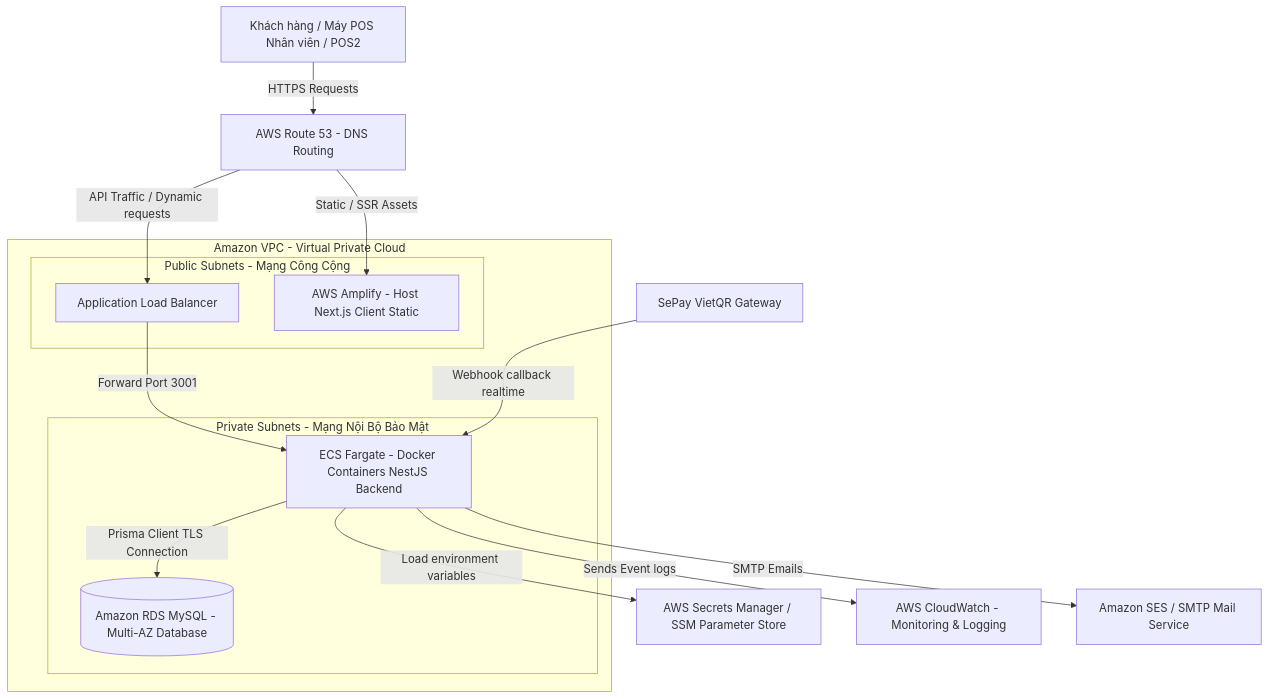
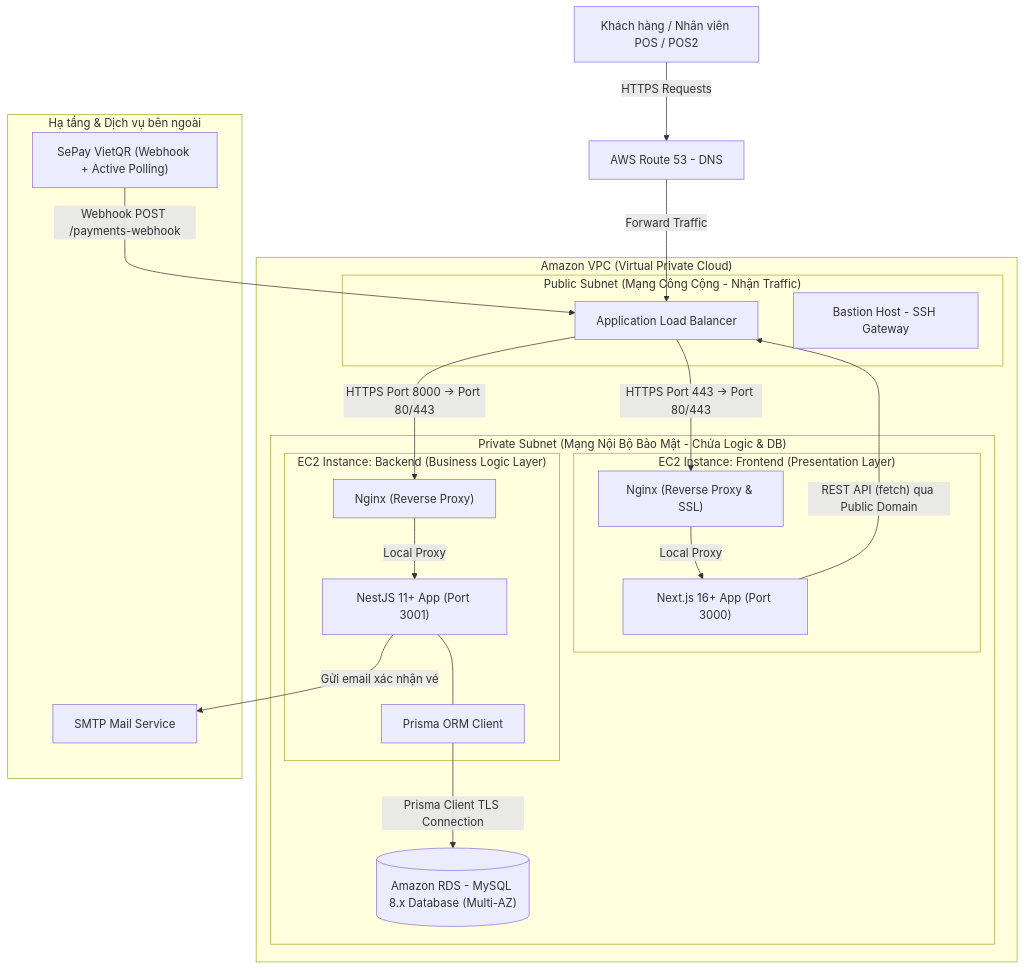
One commit to singuyenvan0206/RPG-bot changed the fifth of 6 diagrams in test.md. Above: the diagram before and after it, drawn with Mermaid. The commit also changed other lines of this file, not shown here.

````diff
--- a/test.md
+++ b/test.md
@@ -322,27 +392,50 @@
 ```mermaid
 graph TB
-    ClientApp[Khách hàng / Máy POS Nhân viên / POS2] -->|HTTPS Requests| Route53[AWS Route 53 - DNS Routing]
-    
-    subgraph VPC [Amazon VPC - Virtual Private Cloud]
-        subgraph Public_Subnets [Public Subnets - Mạng Công Cộng]
-            ALB[Application Load Balancer]
-            Amplify[AWS Amplify - Host Next.js Client Static]
+    %% Client & Routing
+    Client[Khách hàng / Nhân viên POS / POS2] -->|HTTPS Requests| Route53[AWS Route 53 - DNS]
+    Route53 -->|Forward Traffic| ALB[Application Load Balancer]
+
+    subgraph VPC ["Amazon VPC (Virtual Private Cloud)"]
+        subgraph Public_Subnet ["Public Subnet (Mạng Công Cộng - Nhận Traffic)"]
+            ALB
+            Bastion[Bastion Host - SSH Gateway]
         end
         
-        subgraph Private_Subnets [Private Subnets - Mạng Nội Bộ Bảo Mật]
-            ECS[ECS Fargate - Docker Containers NestJS Backend]
-            RDS[(Amazon RDS MySQL - Multi-AZ Database)]
+        subgraph Private_Subnet ["Private Subnet (Mạng Nội Bộ Bảo Mật - Chứa Logic & DB)"]
+            %% EC2 Frontend
+            subgraph EC2_Frontend ["EC2 Instance: Frontend (Presentation Layer)"]
+                NginxFE["Nginx (Reverse Proxy & SSL)"]
+                NextJS_Prod["Next.js 16+ App (Port 3000)"]
+                NginxFE -->|Local Proxy| NextJS_Prod
+            end
+
+            %% EC2 Backend
+            subgraph EC2_Backend ["EC2 Instance: Backend (Business Logic Layer)"]
+                NginxBE["Nginx (Reverse Proxy)"]
+                NestJS_Prod["NestJS 11+ App (Port 3001)"]
+                Prisma_Prod["Prisma ORM Client"]
+                
+                NginxBE -->|Local Proxy| NestJS_Prod
+                NestJS_Prod --- Prisma_Prod
+            end
+
+            %% Database Layer
+            RDS[("Amazon RDS - MySQL 8.x Database (Multi-AZ)")]
         end
     end
+
+    subgraph ExternalServices ["Hạ tầng & Dịch vụ bên ngoài"]
+        SePay_Prod["SePay VietQR (Webhook + Active Polling)"]
+        Mailer_Prod["SMTP Mail Service"]
+    end
+
+    %% Routing to instances
+    ALB -->|HTTPS Port 443 -> Port 80/443| NginxFE
+    ALB -->|HTTPS Port 8000 -> Port 80/443| NginxBE
     
-    Route53 -->|Static / SSR Assets| Amplify
-    Route53 -->|API Traffic / Dynamic requests| ALB
-    ALB -->|Forward Port 3001| ECS
-    ECS -->|Prisma Client TLS Connection| RDS
-    
-    %% Config & External integration
-    ECS -->|Load environment variables| SecretsManager[AWS Secrets Manager / SSM Parameter Store]
-    ECS -->|Sends Event logs| CloudWatch[AWS CloudWatch - Monitoring & Logging]
-    SePay[SePay VietQR Gateway] -->|Webhook callback realtime| ECS
-    ECS -->|SMTP Emails| SES[Amazon SES / SMTP Mail Service]
+    %% Communication between layers
+    NextJS_Prod -->|"REST API (fetch) qua Public Domain"| ALB
+    Prisma_Prod -->|Prisma Client TLS Connection| RDS
+    SePay_Prod -->|"Webhook POST /payments-webhook"| ALB
+    NestJS_Prod -->|"Gửi email xác nhận vé"| Mailer_Prod
 ```
````
